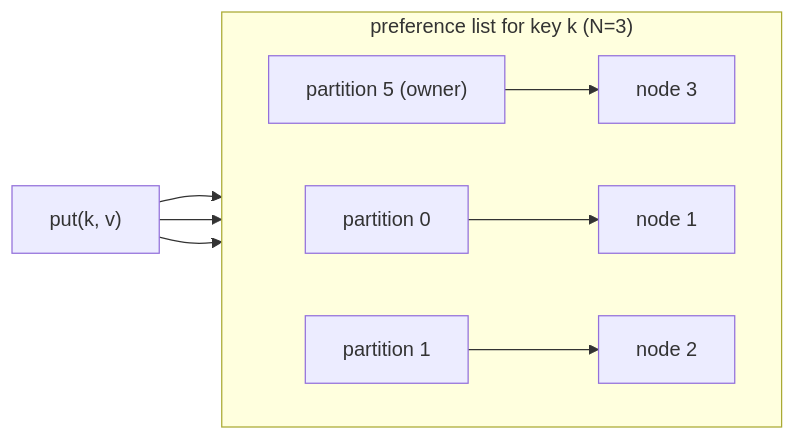
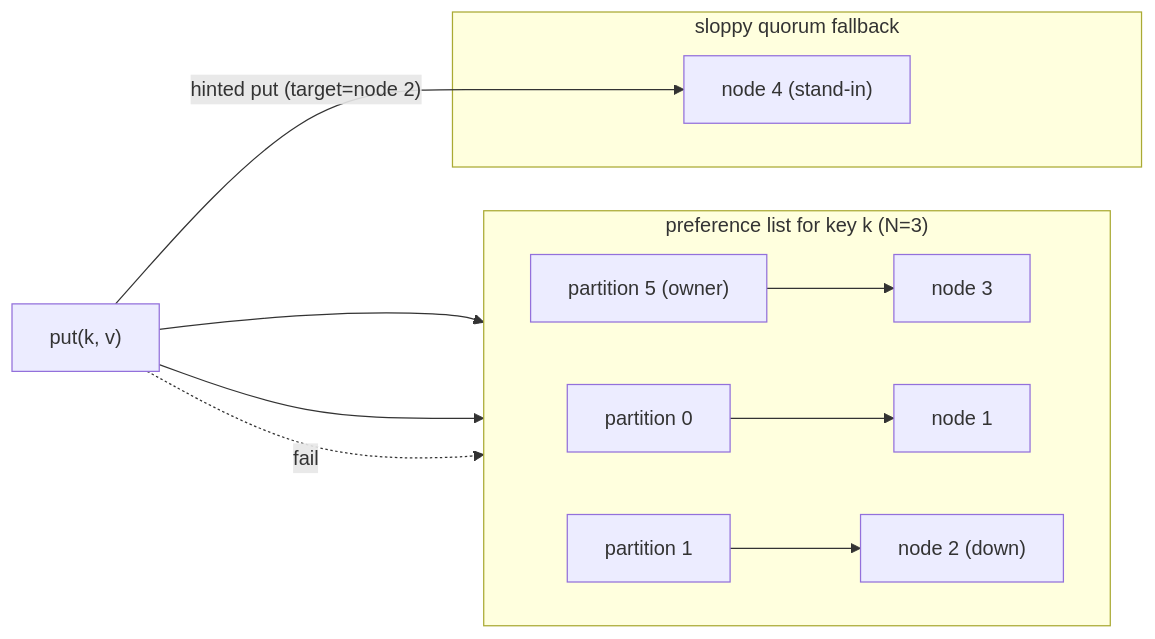
Before and after one commit to pixperk/plethora: the fourth of 5 diagrams in README.md, drawn with Mermaid. The commit also changed other lines of this file, not shown here.

Commit message:
update readme for sloppy quorum

````diff
--- a/README.md
+++ b/README.md
@@ -125,13 +135,18 @@
 ```mermaid
 graph LR
     subgraph "preference list for key k (N=3)"
         direction LR
         p5["partition 5 (owner)"] --> nodeA["node 3"]
         p0["partition 0"] --> nodeB["node 1"]
-        p1["partition 1"] --> nodeC["node 2"]
+        p1["partition 1"] --> nodeC["node 2 (down)"]
+    end
+
+    subgraph "sloppy quorum fallback"
+        nodeD["node 4 (stand-in)"]
     end
 
     put["put(k, v)"] --> nodeA
     put --> nodeB
-    put --> nodeC
+    put -.->|fail| nodeC
+    put -->|"hinted put (target=node 2)"| nodeD
 ```
````
